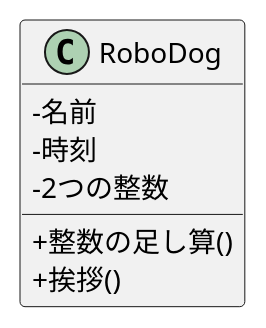
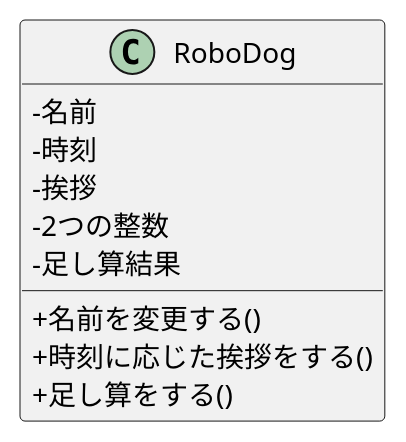
The diagram in 06_robo_dog/class.pu (O-alt-o/ohara_uml), drawn with PlantUML before and after one commit.

```diff
--- a/06_robo_dog/class.pu
+++ b/06_robo_dog/class.pu
@@ -1,11 +1,16 @@
 @startuml
 skinparam ClassAttributeIconSize 0
 class RoboDog{
+    '属性
     -名前
     -時刻
+    -挨拶
     -2つの整数
-    +整数の足し算()
-    +挨拶()
+    -足し算結果
+    '操作
+    +名前を変更する()
+    +時刻に応じた挨拶をする()
+    +足し算をする()
 }
 
 @enduml
```
